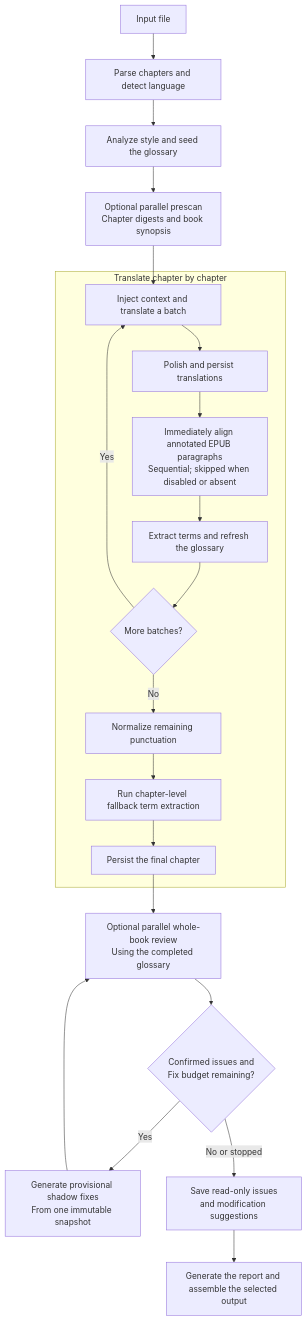
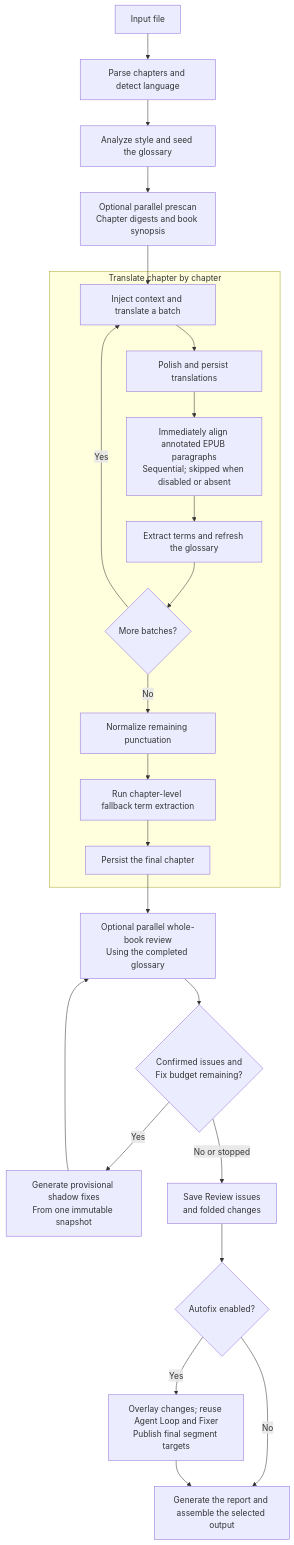
Before and after one commit to BigDawnGhost/wenyi: the diagram in README.md, drawn with Mermaid. The commit also changed other lines of this file and 23 other files, not shown here.

Commit message:
feat(review): add optional autofix publishing

````diff
--- a/README.md
+++ b/README.md
@@ -163,26 +167,29 @@
 ```mermaid
 flowchart TD
     A[Input file] --> B[Parse chapters and detect language]
     B --> C[Analyze style and seed the glossary]
     C --> D[Optional parallel prescan<br/>Chapter digests and book synopsis]
     D --> E
 
     subgraph T[Translate chapter by chapter]
         E[Inject context and translate a batch]
         E --> F[Polish and persist translations]
         F --> FA[Immediately align annotated EPUB paragraphs<br/>Sequential; skipped when disabled or absent]
         FA --> G[Extract terms and refresh the glossary]
         G --> H{More batches?}
         H -- Yes --> E
         H -- No --> I[Normalize remaining punctuation]
         I --> IB[Run chapter-level fallback term extraction]
         IB --> J[Persist the final chapter]
     end
 
     J --> K[Optional parallel whole-book review<br/>Using the completed glossary]
     K --> N{Confirmed issues and<br/>Fix budget remaining?}
     N -- Yes --> O[Generate provisional shadow fixes<br/>From one immutable snapshot]
     O --> K
-    N -- No or stopped --> P[Save read-only issues<br/>and modification suggestions]
-    P --> M[Generate the report and assemble the selected output]
+    N -- No or stopped --> P[Save Review issues<br/>and folded changes]
+    P --> Q{Autofix enabled?}
+    Q -- Yes --> R[Overlay changes; reuse Agent Loop and Fixer<br/>Publish final segment targets]
+    Q -- No --> M[Generate the report and assemble the selected output]
+    R --> M
 ```
````
